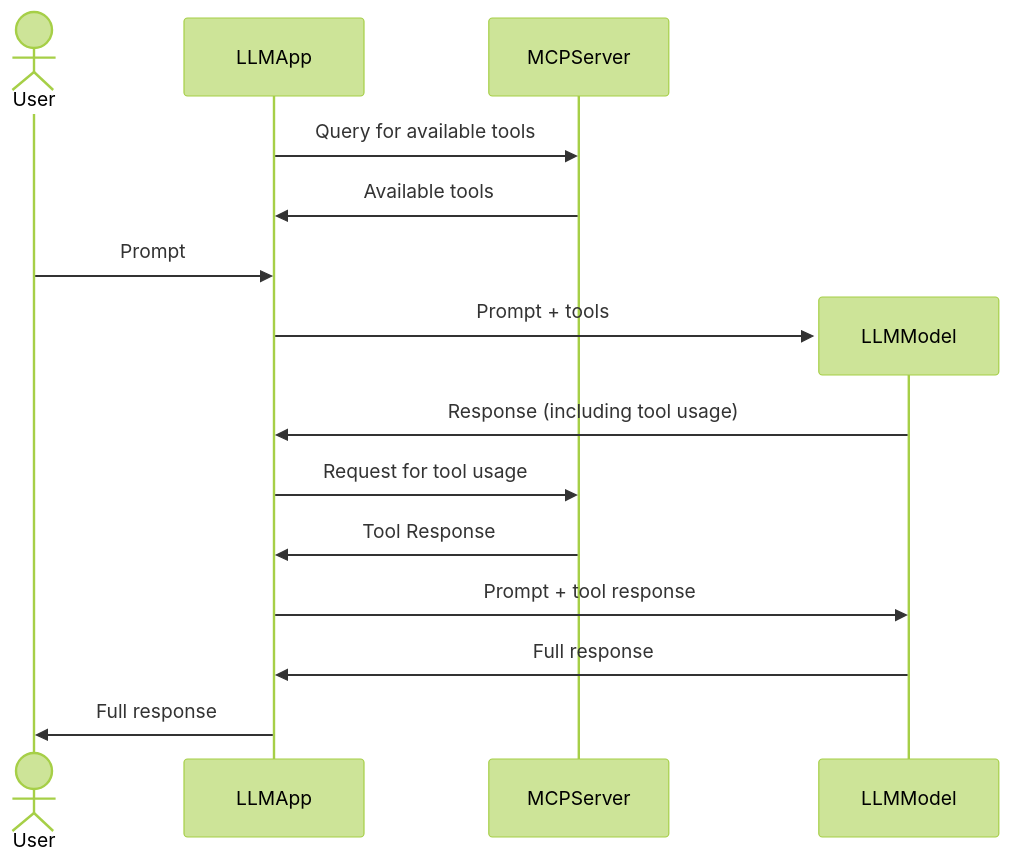
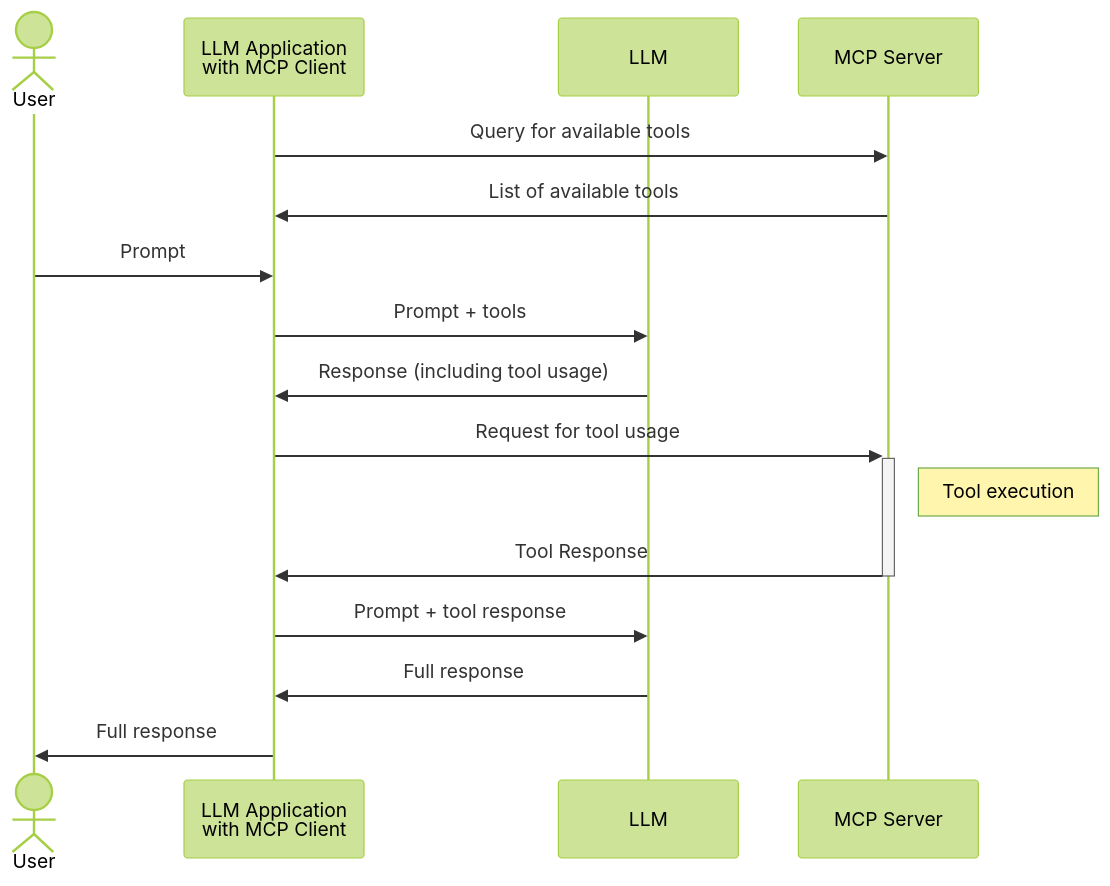
One commit to fferegrino/tfl-mcp changed the second of 2 diagrams in readme.md. Above: the diagram before and after it, drawn with Mermaid (forest theme). The commit also changed other lines of this file, not shown here.

````diff
--- a/readme.md
+++ b/readme.md
@@ -3,19 +83,21 @@
 ```mermaid
 sequenceDiagram
     actor User
-    participant LLMApp
+    participant LLMApp as LLM Application<br />with MCP Client
+    participant LLMModel as LLM
+    participant MCPServer as MCP Server
 
     LLMApp->>MCPServer: Query for available tools
-    MCPServer->>LLMApp: Available tools
+    MCPServer->>LLMApp: List of available tools
     User->>LLMApp: Prompt
 
-    create participant LLMModel
     LLMApp->>LLMModel: Prompt + tools
     LLMModel->>LLMApp: Response (including tool usage)
-    LLMApp->>MCPServer: Request for tool usage
-    MCPServer->>LLMApp: Tool Response
+    LLMApp->>+MCPServer: Request for tool usage
+    Note right of MCPServer: Tool execution
+    MCPServer->>-LLMApp: Tool Response
 
     LLMApp->>LLMModel: Prompt + tool response
     LLMModel->>LLMApp: Full response
     LLMApp->>User: Full response
 ```
````
